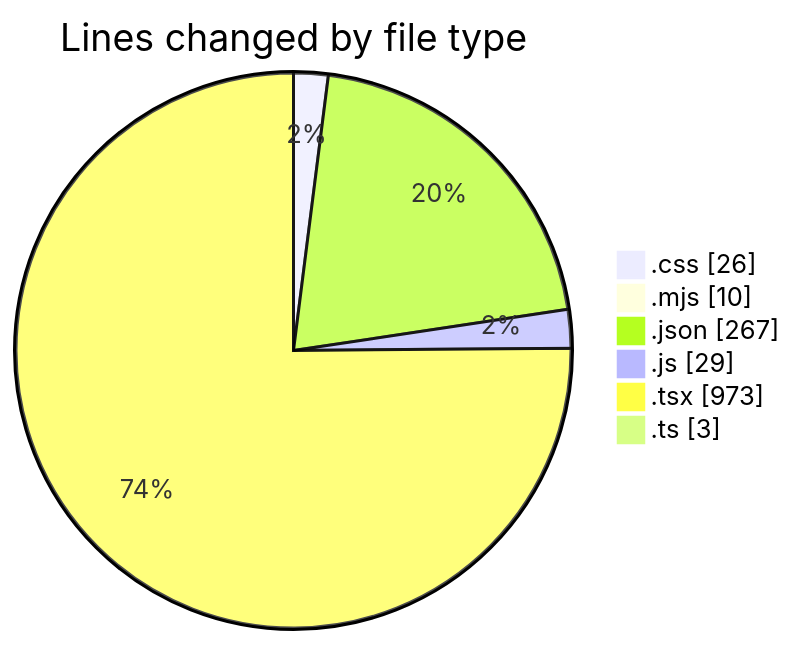
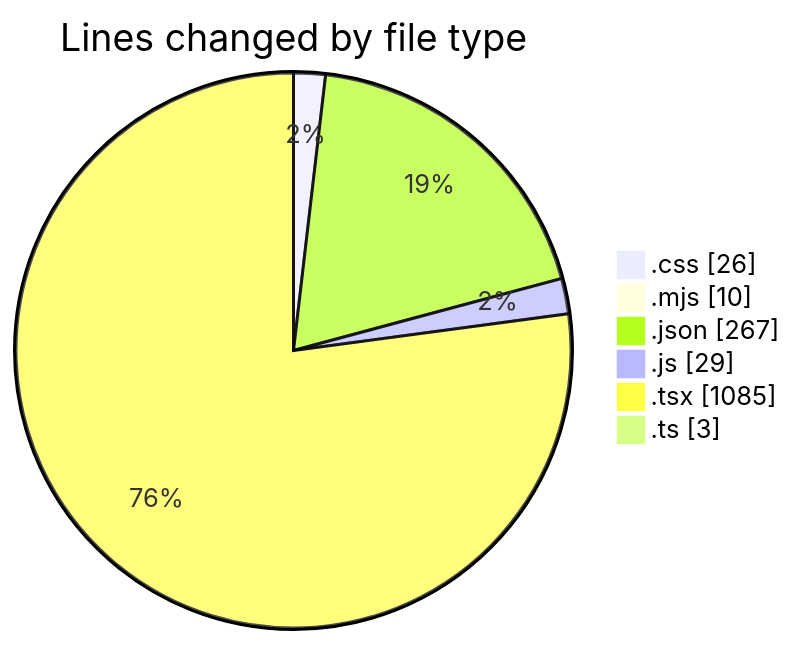
The first of 2 diagrams in 2025-06-23/scopecraft/README.md (Ritupan-Deka/code-tracking), drawn with Mermaid before and after one commit. The commit also changed other lines of this file and 1 other file, not shown here.

````diff
--- a/2025-06-23/scopecraft/README.md
+++ b/2025-06-23/scopecraft/README.md
@@ -40,10 +42,10 @@
 ```mermaid
 pie showData
 title Lines changed by file type
 ".css" : 26
 ".mjs" : 10
 ".json" : 267
 ".js" : 29
-".tsx" : 973
+".tsx" : 1085
 ".ts" : 3
 ```
````
